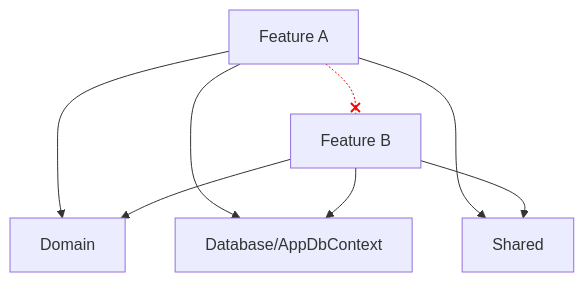
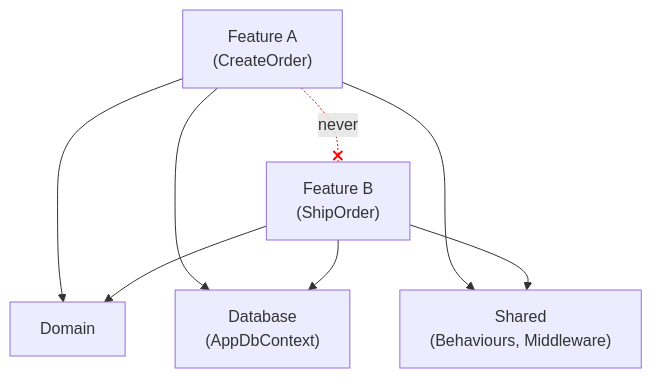
One commit to Webhooks-Ltd/dotnet-patterns changed the diagram in patterns/STR004 - vertical-slice.md. Above: the diagram before and after it, drawn with Mermaid. The commit also changed other lines of this file and 10 other files, not shown here.

````diff
--- a/patterns/STR004 - vertical-slice.md
+++ b/patterns/STR004 - vertical-slice.md
@@ -90,11 +93,11 @@
 ```mermaid
 graph TD
-    A[Feature A] --> Domain
-    A --> Database[Database/AppDbContext]
-    A --> Shared
-    B[Feature B] --> Domain
+    A["Feature A<br/>(CreateOrder)"] --> Domain
+    A --> Database["Database<br/>(AppDbContext)"]
+    A --> Shared["Shared<br/>(Behaviours, Middleware)"]
+    B["Feature B<br/>(ShipOrder)"] --> Domain
     B --> Database
     B --> Shared
-    A -.-x B
+    A -.-x|"never"| B
     linkStyle 6 stroke:red
 ```
````
